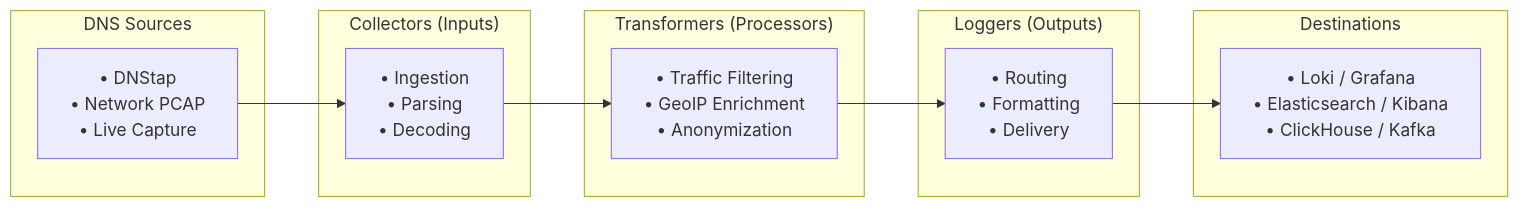
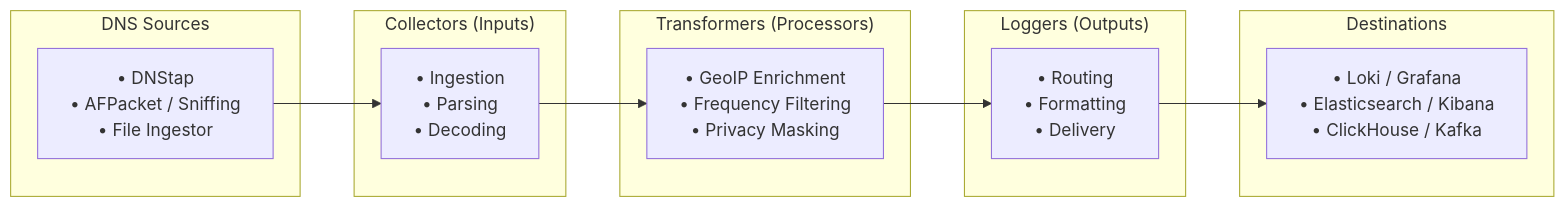
Before and after one commit to dmachard/DNS-collector: the diagram in docs/pipelines.md, drawn with Mermaid. The commit also changed other lines of this file and 8 other files, not shown here.

Commit message:
feat: add top-n logger for autonomous periodic DNS traffic statistics and reporting

````diff
--- a/docs/pipelines.md
+++ b/docs/pipelines.md
@@ -15,27 +15,27 @@
 ```mermaid
 flowchart LR
     subgraph Sources ["DNS Sources"]
-        dns_src["• DNStap<br/>• Network PCAP<br/>• Live Capture"]
+        dns_src["• DNStap<br/>• AFPacket / Sniffing<br/>• File Ingestor"]
     end
     
     subgraph Colls ["Collectors (Inputs)"]
         coll["• Ingestion<br/>• Parsing<br/>• Decoding"]
     end
     
     subgraph Trans ["Transformers (Processors)"]
-        trans["• Traffic Filtering<br/>• GeoIP Enrichment<br/>• Anonymization"]
+        trans["• GeoIP Enrichment<br/>• Frequency Filtering<br/>• Privacy Masking"]
     end
     
     subgraph Logs ["Loggers (Outputs)"]
         log["• Routing<br/>• Formatting<br/>• Delivery"]
     end
     
     subgraph Dests ["Destinations"]
         dest["• Loki / Grafana<br/>• Elasticsearch / Kibana<br/>• ClickHouse / Kafka"]
     end
 
     dns_src --> coll
     coll --> trans
     trans --> log
     log --> dest
 ```
````
